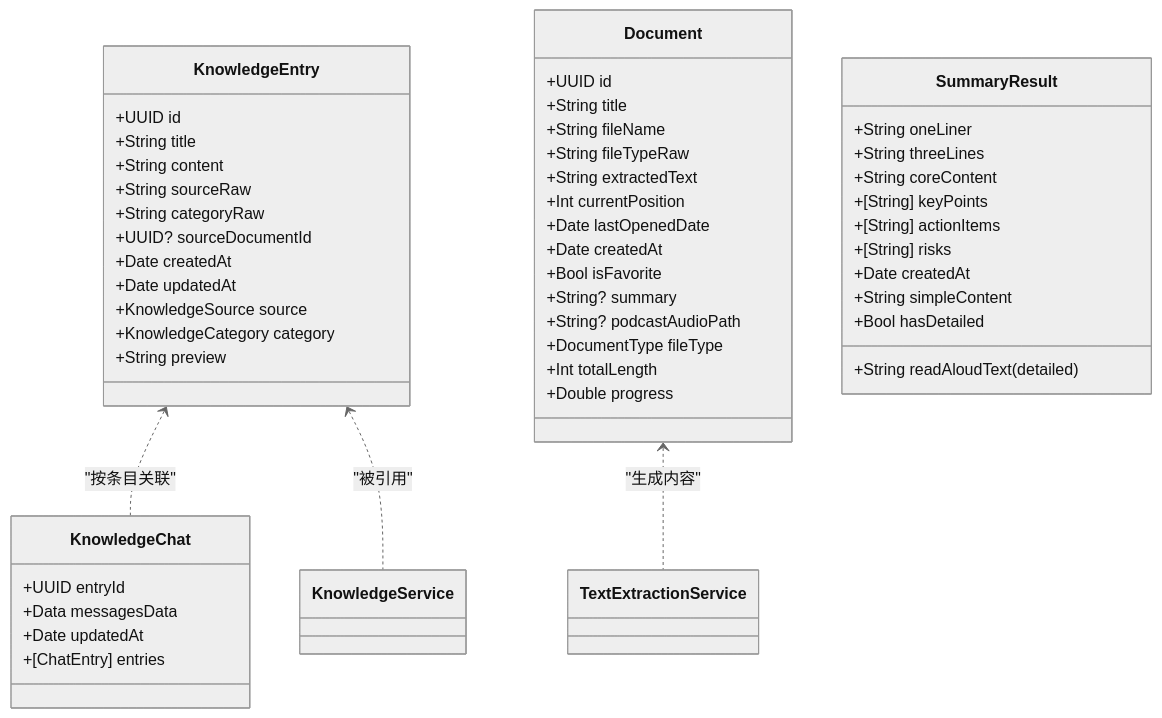
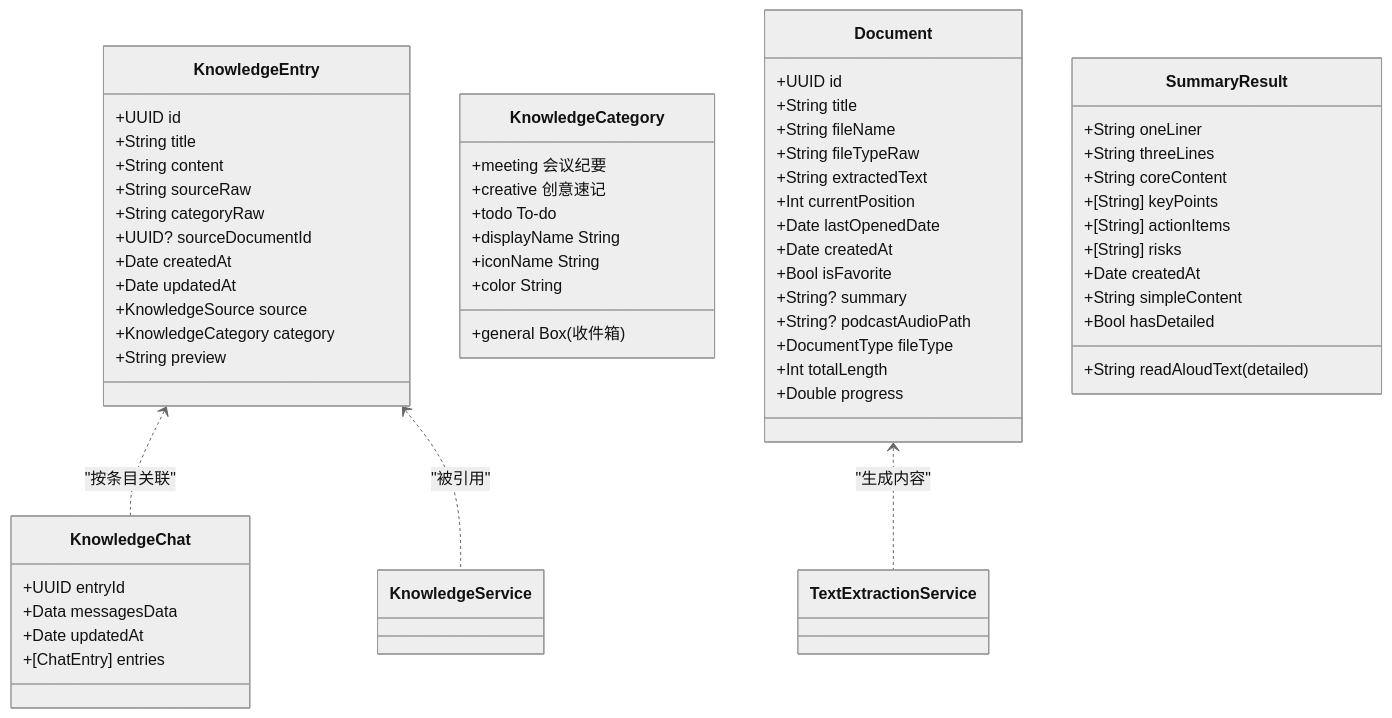
The third of 8 diagrams in .qoder/repowiki/zh/content/核心功能模块/知识库功能.md (Primoguo/Knowledge), drawn with Mermaid (neutral theme) before and after one commit. The commit also changed other lines of this file and 23 other files, not shown here.

````diff
--- a/.qoder/repowiki/zh/content/核心功能模块/知识库功能.md
+++ b/.qoder/repowiki/zh/content/核心功能模块/知识库功能.md
@@ -156,53 +206,62 @@
 ```mermaid
 classDiagram
 class KnowledgeEntry {
 +UUID id
 +String title
 +String content
 +String sourceRaw
 +String categoryRaw
 +UUID? sourceDocumentId
 +Date createdAt
 +Date updatedAt
 +KnowledgeSource source
 +KnowledgeCategory category
 +String preview
+}
+class KnowledgeCategory {
++meeting 会议纪要
++creative 创意速记
++todo To-do
++general Box(收件箱)
++displayName String
++iconName String
++color String
 }
 class KnowledgeChat {
 +UUID entryId
 +Data messagesData
 +Date updatedAt
 +[ChatEntry] entries
 }
 class Document {
 +UUID id
 +String title
 +String fileName
 +String fileTypeRaw
 +String extractedText
 +Int currentPosition
 +Date lastOpenedDate
 +Date createdAt
 +Bool isFavorite
 +String? summary
 +String? podcastAudioPath
 +DocumentType fileType
 +Int totalLength
 +Double progress
 }
 class SummaryResult {
 +String oneLiner
 +String threeLines
 +String coreContent
 +[String] keyPoints
 +[String] actionItems
 +[String] risks
 +Date createdAt
 +String simpleContent
 +Bool hasDetailed
 +String readAloudText(detailed)
 }
 KnowledgeEntry <.. KnowledgeChat : "按条目关联"
 KnowledgeEntry <.. KnowledgeService : "被引用"
 Document <.. TextExtractionService : "生成内容"
 ```
````
